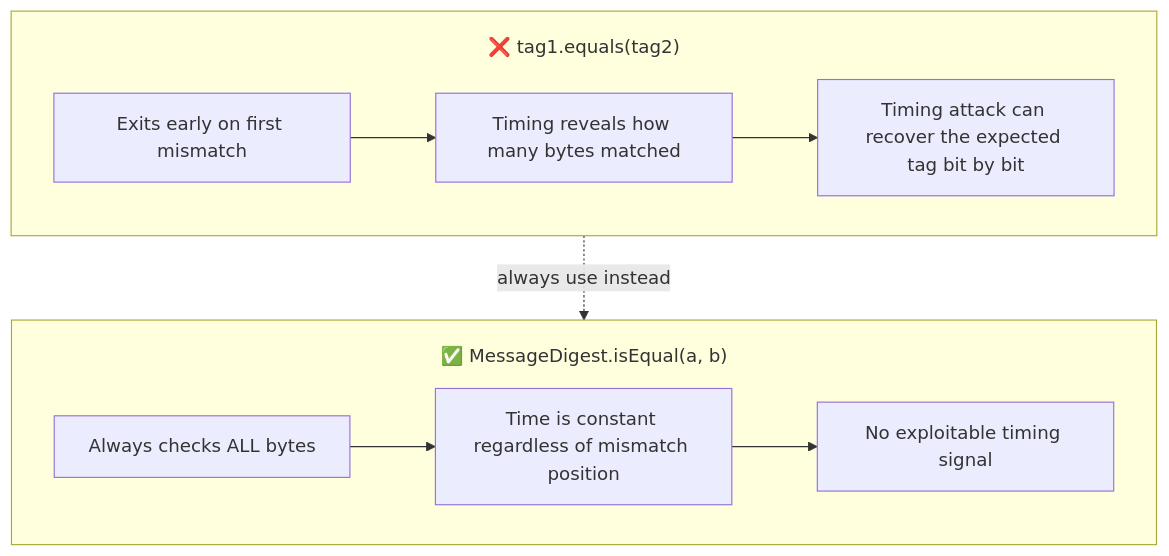
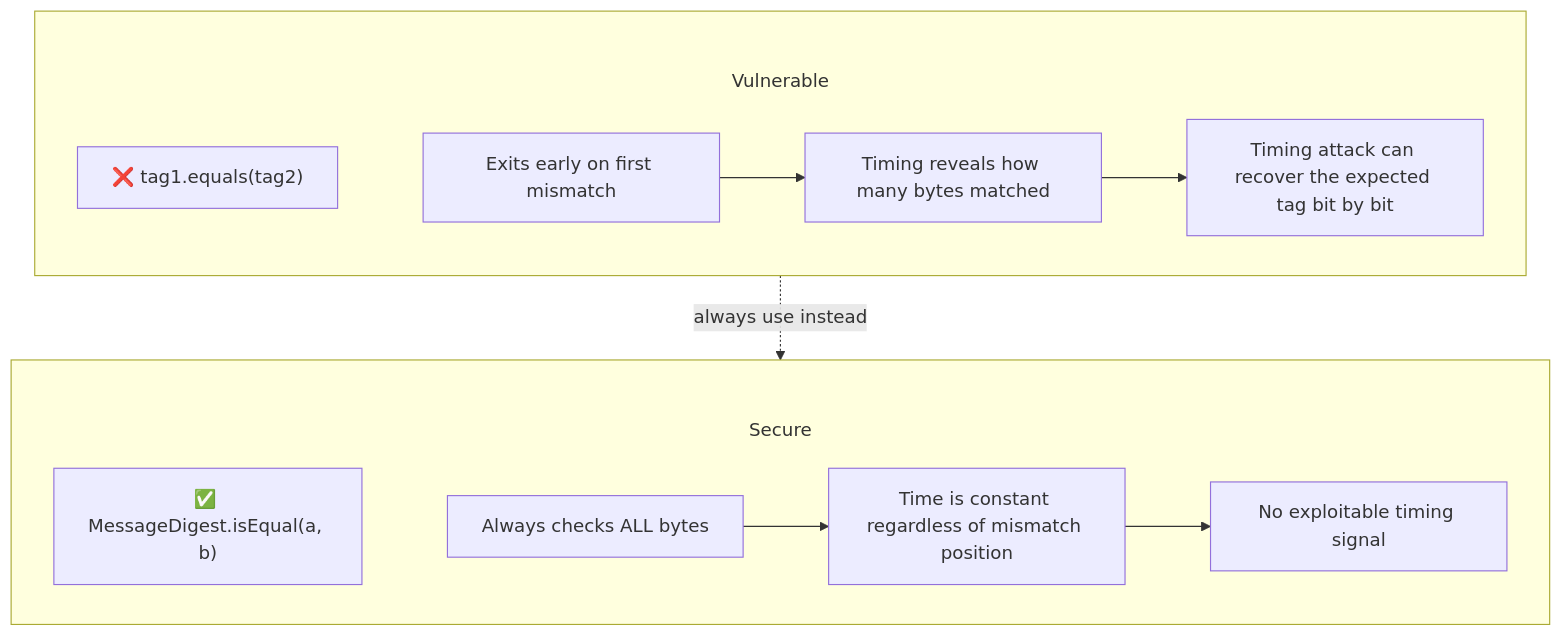
The fourth of 4 diagrams in src/main/java/security/mac/README.md (csoares/SecurityJava), drawn with Mermaid before and after one commit. The commit also changed other lines of this file and 11 other files, not shown here.

Commit message:
Fix Mermaid subgraph title overlap by moving labels into title nodes Replace subgraph label syntax (which overlaps first node) with explicit title nodes inside each subgraph, connected via invisible edges (~~~). Also increase subGraphTitleMargin top padding from 20 to 50 for extra space.

````diff
--- a/src/main/java/security/mac/README.md
+++ b/src/main/java/security/mac/README.md
@@ -67,19 +69,23 @@
 ```mermaid
-%%{init: {'flowchart': {'subGraphTitleMargin': {'top': 20, 'bottom': 5}}}}%%
+%%{init: {'flowchart': {'subGraphTitleMargin': {'top': 50, 'bottom': 10}}}}%%
 flowchart TD
-    subgraph Vulnerable ["❌ tag1.equals(tag2)"]
+    subgraph Vulnerable
+        T_Vulnerable["❌ tag1.equals(tag2)"]
+        T_Vulnerable ~~~ V1
         V1["Exits early on first mismatch"]
         V2["Timing reveals how many bytes matched"]
         V3["Timing attack can recover the expected tag bit by bit"]
         V1 --> V2 --> V3
     end
 
-    subgraph Secure ["✅ MessageDigest.isEqual(a, b)"]
+    subgraph Secure
+        T_Secure["✅ MessageDigest.isEqual(a, b)"]
+        T_Secure ~~~ S1
         S1["Always checks ALL bytes"]
         S2["Time is constant regardless of mismatch position"]
         S3["No exploitable timing signal"]
         S1 --> S2 --> S3
     end
 
     Vulnerable -.->|"always use instead"| Secure
 ```
````
